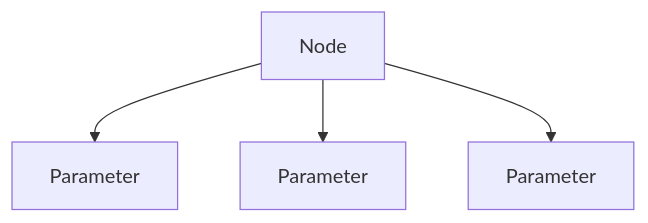
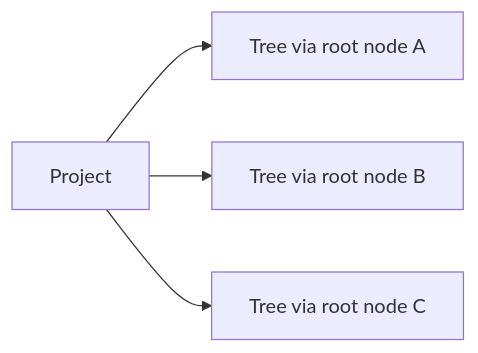
One commit to sfambach/wp-taxonomy-modeler changed the third of 3 diagrams in docs/plans/data-structure.md. Above: the diagram before and after it, drawn with Mermaid. The commit also changed other lines of this file and 9 other files, not shown here.

First line of the commit message:
Add Project object; define tree as root node only

````diff
--- a/docs/plans/data-structure.md
+++ b/docs/plans/data-structure.md
@@ -171,6 +235,6 @@
 ```mermaid
-flowchart TB
-  N[Node] --> P1[Parameter]
-  N --> P2[Parameter]
-  N --> P3[Parameter]
+flowchart LR
+  PR[Project] --> T1[Tree via root node A]
+  PR --> T2[Tree via root node B]
+  PR --> T3[Tree via root node C]
 ```
````
